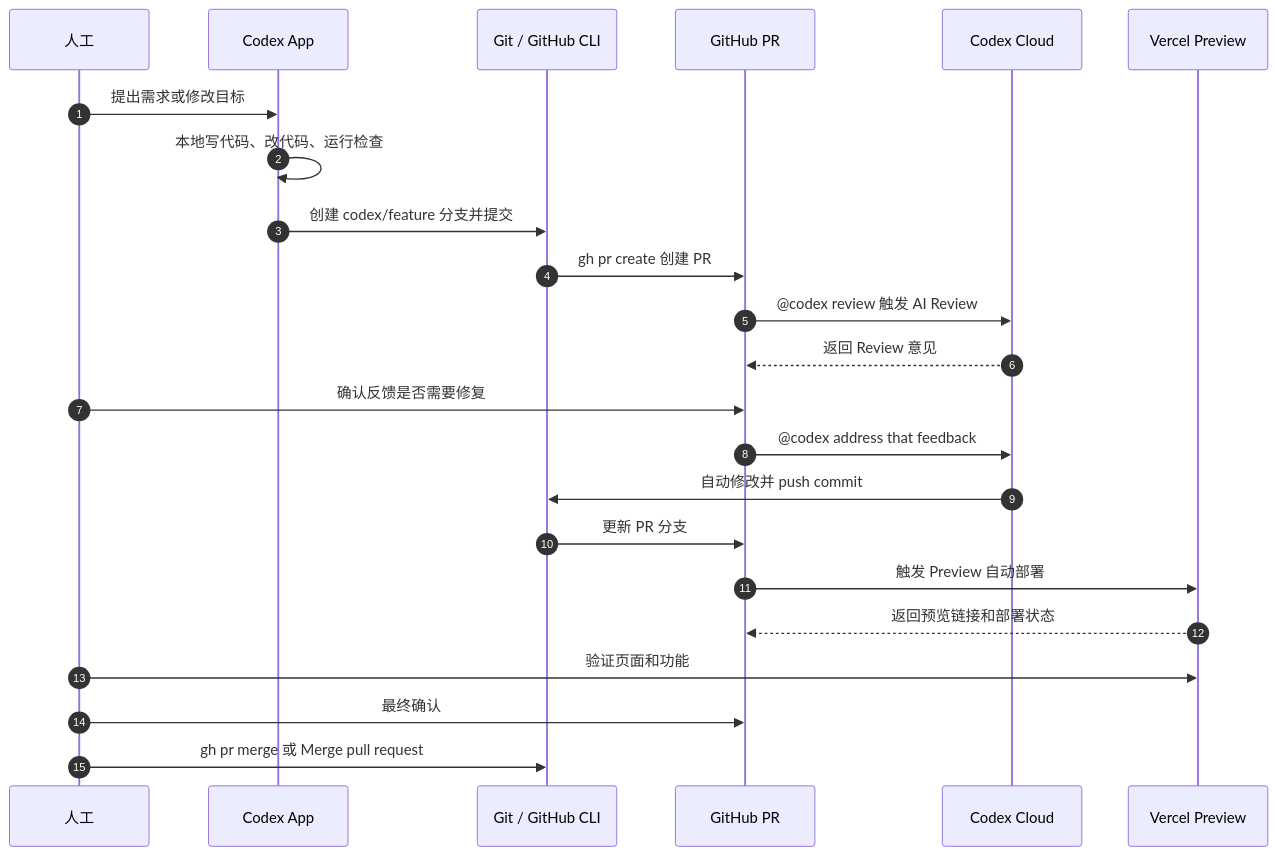
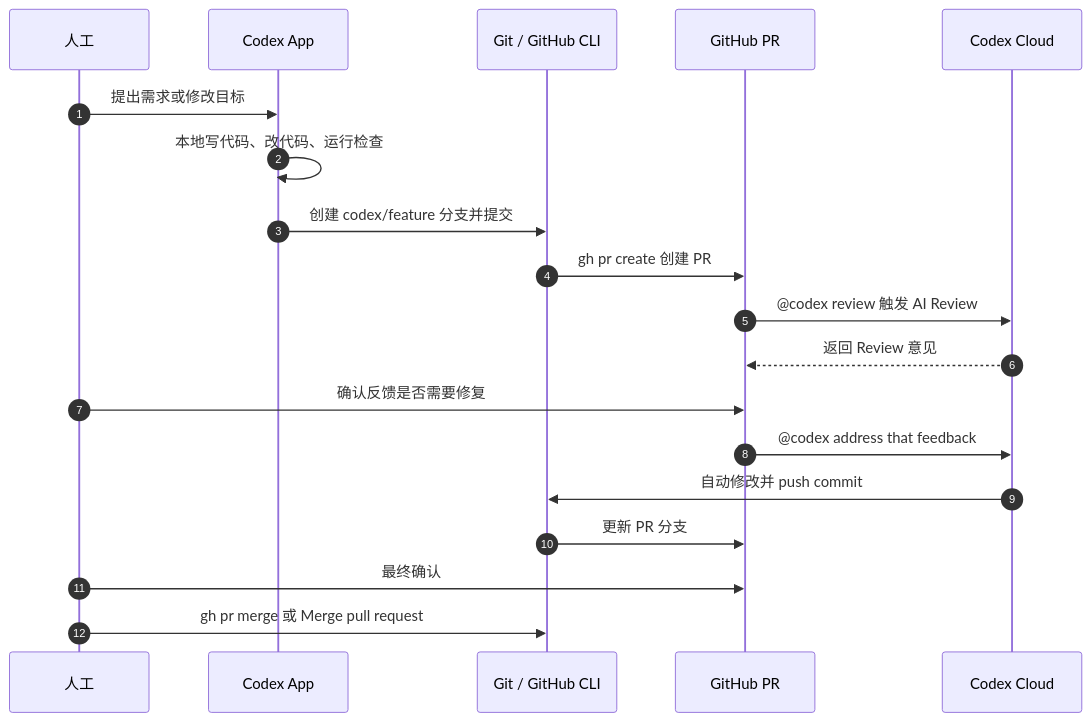
Before and after one commit to Tsionhe/pr-codex-test: the diagram in docs/pr-review-workflow.md, drawn with Mermaid. The commit also changed other lines of this file, not shown here.

````diff
--- a/docs/pr-review-workflow.md
+++ b/docs/pr-review-workflow.md
@@ -13,26 +13,22 @@
 ```mermaid
 sequenceDiagram
     autonumber
     participant Human as 人工
     participant App as Codex App
     participant Git as Git / GitHub CLI
     participant PR as GitHub PR
     participant Cloud as Codex Cloud
-    participant Vercel as Vercel Preview
 
     Human->>App: 提出需求或修改目标
     App->>App: 本地写代码、改代码、运行检查
     App->>Git: 创建 codex/feature 分支并提交
     Git->>PR: gh pr create 创建 PR
     PR->>Cloud: @codex review 触发 AI Review
     Cloud-->>PR: 返回 Review 意见
     Human->>PR: 确认反馈是否需要修复
     PR->>Cloud: @codex address that feedback
     Cloud->>Git: 自动修改并 push commit
     Git->>PR: 更新 PR 分支
-    PR->>Vercel: 触发 Preview 自动部署
-    Vercel-->>PR: 返回预览链接和部署状态
-    Human->>Vercel: 验证页面和功能
     Human->>PR: 最终确认
     Human->>Git: gh pr merge 或 Merge pull request
 ```
````
